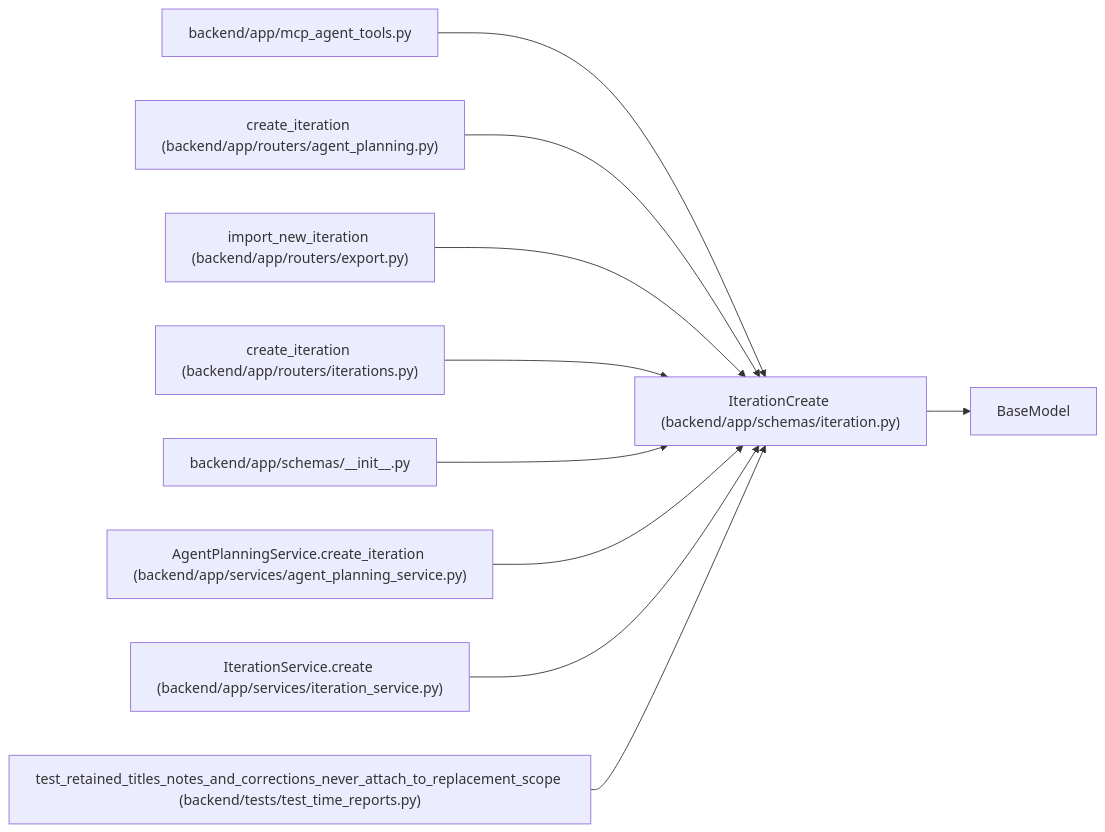
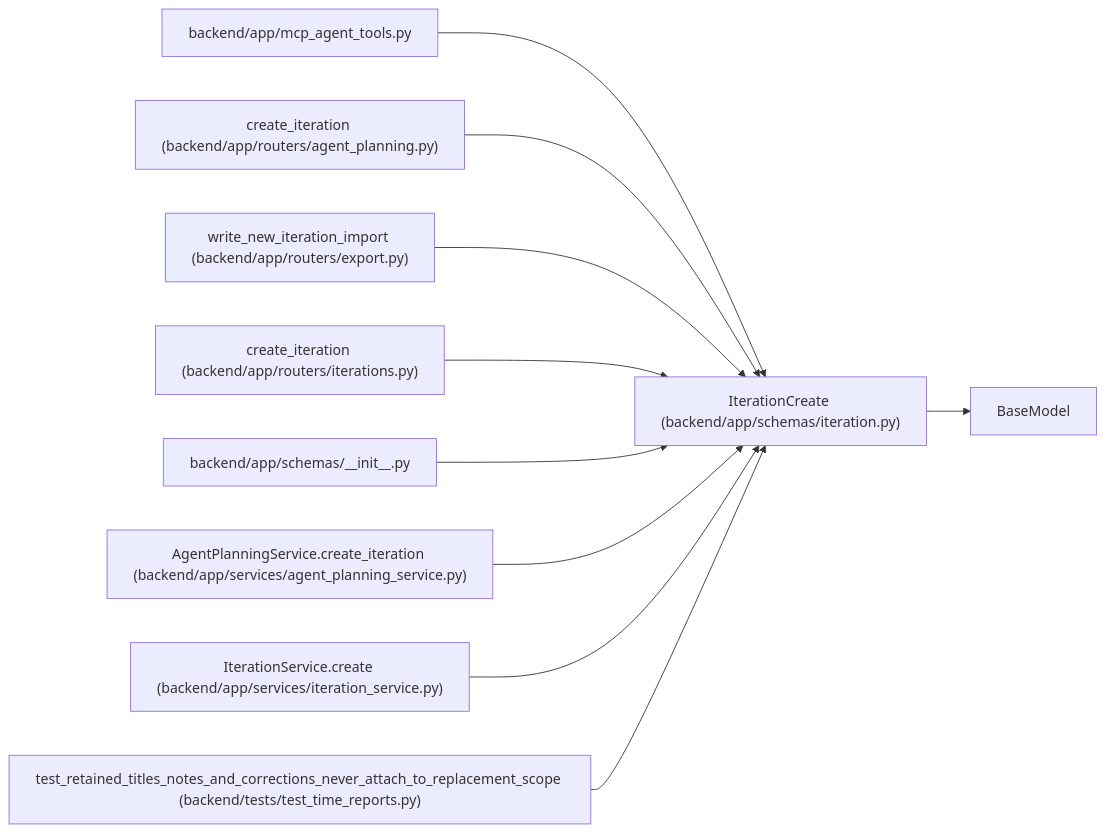
The diagram in docs/llm_wiki/entities/schemas_iteration_IterationCreate.md (Denissvgn/WorkChord), drawn with Mermaid before and after one commit. The commit also changed other lines of this file and 791 other files, not shown here.

Commit message:
Sync the architectural wiki for the plan-import dry run

````diff
--- a/docs/llm_wiki/entities/schemas_iteration_IterationCreate.md
+++ b/docs/llm_wiki/entities/schemas_iteration_IterationCreate.md
@@ -31,31 +31,31 @@
 ```mermaid
 flowchart LR
     n0["IterationCreate (backend/app/schemas/iteration.py)"]
     n1["BaseModel"]
     n2["backend/app/mcp_agent_tools.py"]
     n3["create_iteration (backend/app/routers/agent_planning.py)"]
-    n4["import_new_iteration (backend/app/routers/export.py)"]
+    n4["write_new_iteration_import (backend/app/routers/export.py)"]
     n5["create_iteration (backend/app/routers/iterations.py)"]
     n6["backend/app/schemas/__init__.py"]
     n7["AgentPlanningService.create_iteration (backend/app/services/agent_planning_service.py)"]
     n8["IterationService.create (backend/app/services/iteration_service.py)"]
     n9["test_retained_titles_notes_and_corrections_never_attach_to_replacement_scope (backend/tests/test_time_reports.py)"]
     n0 --> n1
     n2 --> n0
     n3 --> n0
     n4 --> n0
     n5 --> n0
     n6 --> n0
     n7 --> n0
     n8 --> n0
     n9 --> n0
     click n0 "../modules/schemas_iteration.md"
     click n2 "../modules/mcp_agent_tools.md"
     click n3 "../modules/routers_agent_planning.md"
     click n4 "../modules/export.md"
     click n5 "../modules/iterations.md"
     click n6 "../modules/schemas___init__.md"
     click n7 "../modules/agent_planning_service.md"
     click n8 "../modules/iteration_service.md"
     click n9 "../modules/test_time_reports.md"
 ```
````
